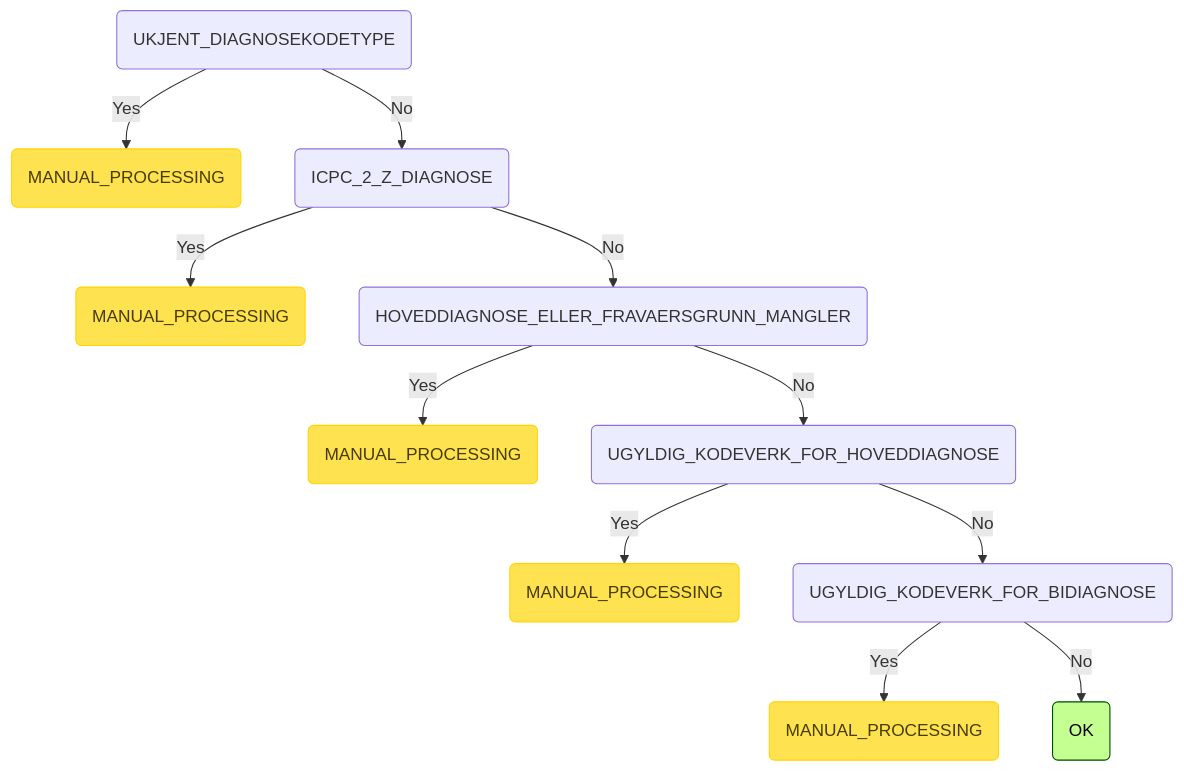
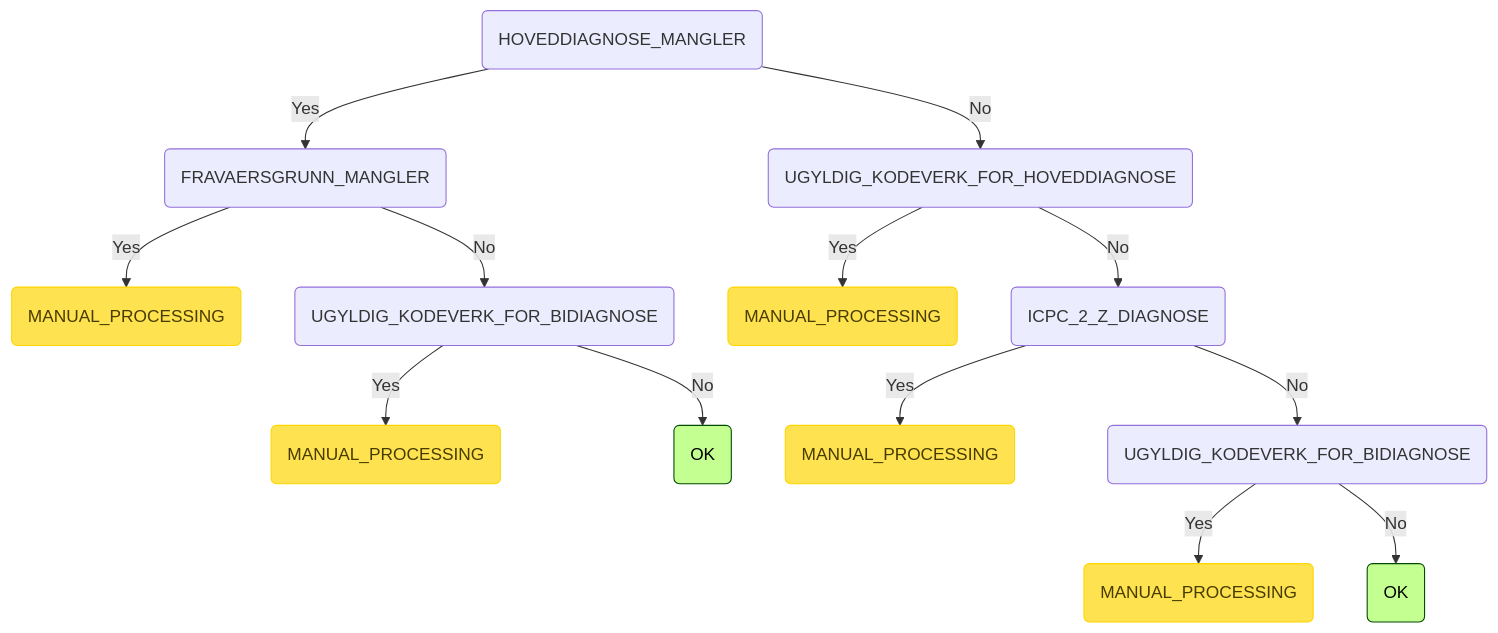
One commit to navikt/syfosmpapirregler changed the fifth of 8 diagrams in README.md. Above: the diagram before and after it, drawn with Mermaid. The commit also changed 29 other files, not shown here.

````diff
--- a/README.md
+++ b/README.md
@@ -175,16 +175,18 @@
 ```mermaid
 graph TD
-    root(UKJENT_DIAGNOSEKODETYPE) -->|Yes| root_UKJENT_DIAGNOSEKODETYPE_MANUAL_PROCESSING(MANUAL_PROCESSING):::manuell
-    root(UKJENT_DIAGNOSEKODETYPE) -->|No| root_UKJENT_DIAGNOSEKODETYPE_ICPC_2_Z_DIAGNOSE(ICPC_2_Z_DIAGNOSE)
-    root_UKJENT_DIAGNOSEKODETYPE_ICPC_2_Z_DIAGNOSE(ICPC_2_Z_DIAGNOSE) -->|Yes| root_UKJENT_DIAGNOSEKODETYPE_ICPC_2_Z_DIAGNOSE_MANUAL_PROCESSING(MANUAL_PROCESSING):::manuell
-    root_UKJENT_DIAGNOSEKODETYPE_ICPC_2_Z_DIAGNOSE(ICPC_2_Z_DIAGNOSE) -->|No| root_UKJENT_DIAGNOSEKODETYPE_ICPC_2_Z_DIAGNOSE_HOVEDDIAGNOSE_ELLER_FRAVAERSGRUNN_MANGLER(HOVEDDIAGNOSE_ELLER_FRAVAERSGRUNN_MANGLER)
-    root_UKJENT_DIAGNOSEKODETYPE_ICPC_2_Z_DIAGNOSE_HOVEDDIAGNOSE_ELLER_FRAVAERSGRUNN_MANGLER(HOVEDDIAGNOSE_ELLER_FRAVAERSGRUNN_MANGLER) -->|Yes| root_UKJENT_DIAGNOSEKODETYPE_ICPC_2_Z_DIAGNOSE_HOVEDDIAGNOSE_ELLER_FRAVAERSGRUNN_MANGLER_MANUAL_PROCESSING(MANUAL_PROCESSING):::manuell
-    root_UKJENT_DIAGNOSEKODETYPE_ICPC_2_Z_DIAGNOSE_HOVEDDIAGNOSE_ELLER_FRAVAERSGRUNN_MANGLER(HOVEDDIAGNOSE_ELLER_FRAVAERSGRUNN_MANGLER) -->|No| root_UKJENT_DIAGNOSEKODETYPE_ICPC_2_Z_DIAGNOSE_HOVEDDIAGNOSE_ELLER_FRAVAERSGRUNN_MANGLER_UGYLDIG_KODEVERK_FOR_HOVEDDIAGNOSE(UGYLDIG_KODEVERK_FOR_HOVEDDIAGNOSE)
-    root_UKJENT_DIAGNOSEKODETYPE_ICPC_2_Z_DIAGNOSE_HOVEDDIAGNOSE_ELLER_FRAVAERSGRUNN_MANGLER_UGYLDIG_KODEVERK_FOR_HOVEDDIAGNOSE(UGYLDIG_KODEVERK_FOR_HOVEDDIAGNOSE) -->|Yes| root_UKJENT_DIAGNOSEKODETYPE_ICPC_2_Z_DIAGNOSE_HOVEDDIAGNOSE_ELLER_FRAVAERSGRUNN_MANGLER_UGYLDIG_KODEVERK_FOR_HOVEDDIAGNOSE_MANUAL_PROCESSING(MANUAL_PROCESSING):::manuell
-    root_UKJENT_DIAGNOSEKODETYPE_ICPC_2_Z_DIAGNOSE_HOVEDDIAGNOSE_ELLER_FRAVAERSGRUNN_MANGLER_UGYLDIG_KODEVERK_FOR_HOVEDDIAGNOSE(UGYLDIG_KODEVERK_FOR_HOVEDDIAGNOSE) -->|No| root_UKJENT_DIAGNOSEKODETYPE_ICPC_2_Z_DIAGNOSE_HOVEDDIAGNOSE_ELLER_FRAVAERSGRUNN_MANGLER_UGYLDIG_KODEVERK_FOR_HOVEDDIAGNOSE_UGYLDIG_KODEVERK_FOR_BIDIAGNOSE(UGYLDIG_KODEVERK_FOR_BIDIAGNOSE)
-    root_UKJENT_DIAGNOSEKODETYPE_ICPC_2_Z_DIAGNOSE_HOVEDDIAGNOSE_ELLER_FRAVAERSGRUNN_MANGLER_UGYLDIG_KODEVERK_FOR_HOVEDDIAGNOSE_UGYLDIG_KODEVERK_FOR_BIDIAGNOSE(UGYLDIG_KODEVERK_FOR_BIDIAGNOSE) -->|Yes| root_UKJENT_DIAGNOSEKODETYPE_ICPC_2_Z_DIAGNOSE_HOVEDDIAGNOSE_ELLER_FRAVAERSGRUNN_MANGLER_UGYLDIG_KODEVERK_FOR_HOVEDDIAGNOSE_UGYLDIG_KODEVERK_FOR_BIDIAGNOSE_MANUAL_PROCESSING(MANUAL_PROCESSING):::manuell
-    root_UKJENT_DIAGNOSEKODETYPE_ICPC_2_Z_DIAGNOSE_HOVEDDIAGNOSE_ELLER_FRAVAERSGRUNN_MANGLER_UGYLDIG_KODEVERK_FOR_HOVEDDIAGNOSE_UGYLDIG_KODEVERK_FOR_BIDIAGNOSE(UGYLDIG_KODEVERK_FOR_BIDIAGNOSE) -->|No| root_UKJENT_DIAGNOSEKODETYPE_ICPC_2_Z_DIAGNOSE_HOVEDDIAGNOSE_ELLER_FRAVAERSGRUNN_MANGLER_UGYLDIG_KODEVERK_FOR_HOVEDDIAGNOSE_UGYLDIG_KODEVERK_FOR_BIDIAGNOSE_OK(OK):::ok
+    root(HOVEDDIAGNOSE_MANGLER) -->|Yes| root_HOVEDDIAGNOSE_MANGLER_FRAVAERSGRUNN_MANGLER(FRAVAERSGRUNN_MANGLER)
+    root_HOVEDDIAGNOSE_MANGLER_FRAVAERSGRUNN_MANGLER(FRAVAERSGRUNN_MANGLER) -->|Yes| root_HOVEDDIAGNOSE_MANGLER_FRAVAERSGRUNN_MANGLER_MANUAL_PROCESSING(MANUAL_PROCESSING):::manuell
+    root_HOVEDDIAGNOSE_MANGLER_FRAVAERSGRUNN_MANGLER(FRAVAERSGRUNN_MANGLER) -->|No| root_HOVEDDIAGNOSE_MANGLER_FRAVAERSGRUNN_MANGLER_UGYLDIG_KODEVERK_FOR_BIDIAGNOSE(UGYLDIG_KODEVERK_FOR_BIDIAGNOSE)
+    root_HOVEDDIAGNOSE_MANGLER_FRAVAERSGRUNN_MANGLER_UGYLDIG_KODEVERK_FOR_BIDIAGNOSE(UGYLDIG_KODEVERK_FOR_BIDIAGNOSE) -->|Yes| root_HOVEDDIAGNOSE_MANGLER_FRAVAERSGRUNN_MANGLER_UGYLDIG_KODEVERK_FOR_BIDIAGNOSE_MANUAL_PROCESSING(MANUAL_PROCESSING):::manuell
+    root_HOVEDDIAGNOSE_MANGLER_FRAVAERSGRUNN_MANGLER_UGYLDIG_KODEVERK_FOR_BIDIAGNOSE(UGYLDIG_KODEVERK_FOR_BIDIAGNOSE) -->|No| root_HOVEDDIAGNOSE_MANGLER_FRAVAERSGRUNN_MANGLER_UGYLDIG_KODEVERK_FOR_BIDIAGNOSE_OK(OK):::ok
+    root(HOVEDDIAGNOSE_MANGLER) -->|No| root_HOVEDDIAGNOSE_MANGLER_UGYLDIG_KODEVERK_FOR_HOVEDDIAGNOSE(UGYLDIG_KODEVERK_FOR_HOVEDDIAGNOSE)
+    root_HOVEDDIAGNOSE_MANGLER_UGYLDIG_KODEVERK_FOR_HOVEDDIAGNOSE(UGYLDIG_KODEVERK_FOR_HOVEDDIAGNOSE) -->|Yes| root_HOVEDDIAGNOSE_MANGLER_UGYLDIG_KODEVERK_FOR_HOVEDDIAGNOSE_MANUAL_PROCESSING(MANUAL_PROCESSING):::manuell
+    root_HOVEDDIAGNOSE_MANGLER_UGYLDIG_KODEVERK_FOR_HOVEDDIAGNOSE(UGYLDIG_KODEVERK_FOR_HOVEDDIAGNOSE) -->|No| root_HOVEDDIAGNOSE_MANGLER_UGYLDIG_KODEVERK_FOR_HOVEDDIAGNOSE_ICPC_2_Z_DIAGNOSE(ICPC_2_Z_DIAGNOSE)
+    root_HOVEDDIAGNOSE_MANGLER_UGYLDIG_KODEVERK_FOR_HOVEDDIAGNOSE_ICPC_2_Z_DIAGNOSE(ICPC_2_Z_DIAGNOSE) -->|Yes| root_HOVEDDIAGNOSE_MANGLER_UGYLDIG_KODEVERK_FOR_HOVEDDIAGNOSE_ICPC_2_Z_DIAGNOSE_MANUAL_PROCESSING(MANUAL_PROCESSING):::manuell
+    root_HOVEDDIAGNOSE_MANGLER_UGYLDIG_KODEVERK_FOR_HOVEDDIAGNOSE_ICPC_2_Z_DIAGNOSE(ICPC_2_Z_DIAGNOSE) -->|No| root_HOVEDDIAGNOSE_MANGLER_UGYLDIG_KODEVERK_FOR_HOVEDDIAGNOSE_ICPC_2_Z_DIAGNOSE_UGYLDIG_KODEVERK_FOR_BIDIAGNOSE(UGYLDIG_KODEVERK_FOR_BIDIAGNOSE)
+    root_HOVEDDIAGNOSE_MANGLER_UGYLDIG_KODEVERK_FOR_HOVEDDIAGNOSE_ICPC_2_Z_DIAGNOSE_UGYLDIG_KODEVERK_FOR_BIDIAGNOSE(UGYLDIG_KODEVERK_FOR_BIDIAGNOSE) -->|Yes| root_HOVEDDIAGNOSE_MANGLER_UGYLDIG_KODEVERK_FOR_HOVEDDIAGNOSE_ICPC_2_Z_DIAGNOSE_UGYLDIG_KODEVERK_FOR_BIDIAGNOSE_MANUAL_PROCESSING(MANUAL_PROCESSING):::manuell
+    root_HOVEDDIAGNOSE_MANGLER_UGYLDIG_KODEVERK_FOR_HOVEDDIAGNOSE_ICPC_2_Z_DIAGNOSE_UGYLDIG_KODEVERK_FOR_BIDIAGNOSE(UGYLDIG_KODEVERK_FOR_BIDIAGNOSE) -->|No| root_HOVEDDIAGNOSE_MANGLER_UGYLDIG_KODEVERK_FOR_HOVEDDIAGNOSE_ICPC_2_Z_DIAGNOSE_UGYLDIG_KODEVERK_FOR_BIDIAGNOSE_OK(OK):::ok
     classDef ok fill:#c3ff91,stroke:#004a00,color: black;
     classDef invalid fill:#ff7373,stroke:#ff0000,color: black;
     classDef manuell fill:#ffe24f,stroke:#ffd500,color: #473c00;
 ```
````
